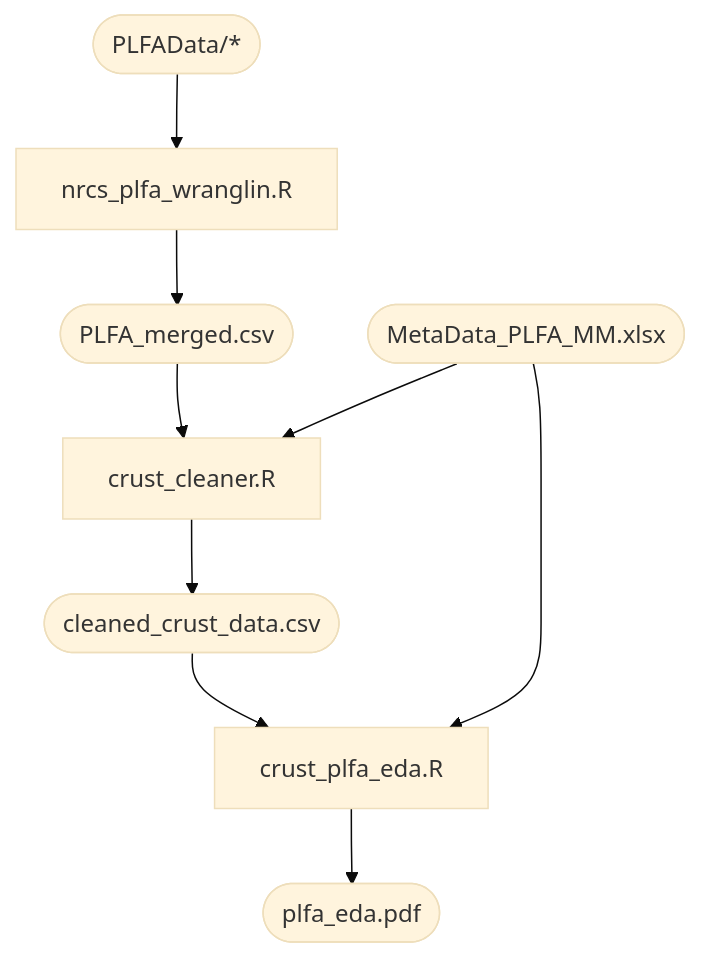
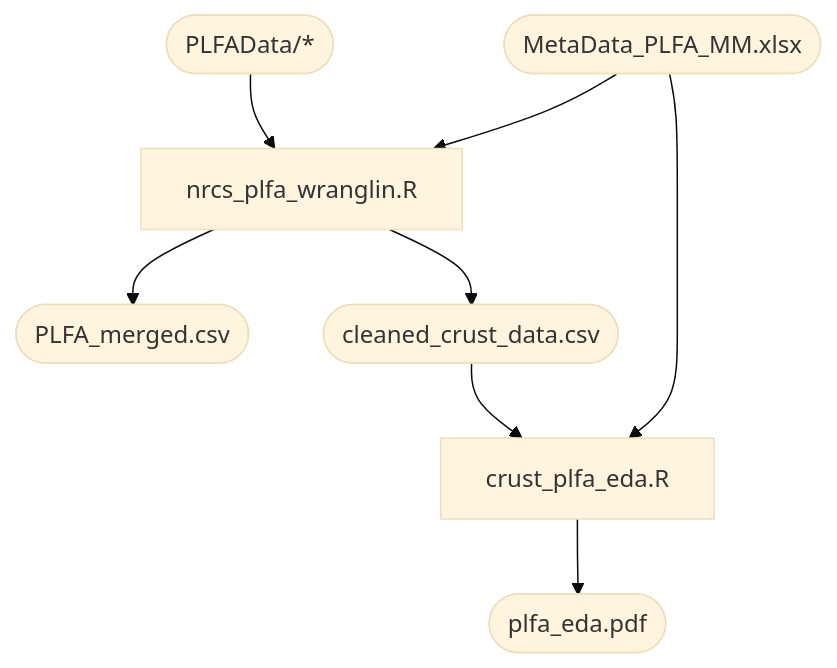
The first of 3 diagrams in README.md (dbioinfo/nrcs), drawn with Mermaid (base theme) before and after one commit. The commit also changed 2 other files, not shown here.

Commit message:
minor update

````diff
--- a/README.md
+++ b/README.md
@@ -15,11 +15,10 @@
 ```mermaid
 flowchart TD
-    A([PLFA_merged.csv]) --> B[crust_cleaner.R]
-    C([MetaData_PLFA_MM.xlsx]) --> B
-    B --> D([cleaned_crust_data.csv])
+    G([PLFAData/*]) --> H[nrcs_plfa_wranglin.R]
+    C([MetaData_PLFA_MM.xlsx]) --> H
+    H --> A([PLFA_merged.csv]) 
+    H --> D([cleaned_crust_data.csv])
     D --> E[crust_plfa_eda.R]
     C --> E
     E --> F([plfa_eda.pdf])
-    G([PLFAData/*]) --> H[nrcs_plfa_wranglin.R]
-    H --> A
 ```
````
